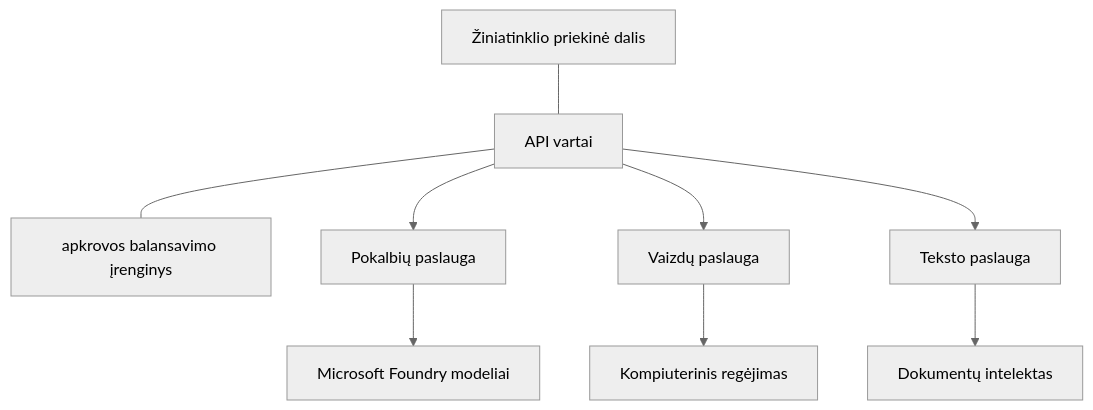
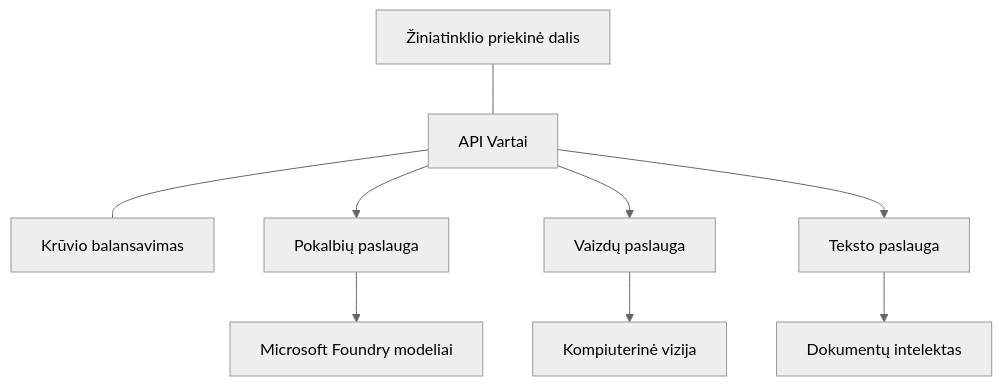
The diagram in translations/lt/docs/chapter-08-production/production-ai-practices.md (microsoft/AZD-for-beginners), drawn with Mermaid (neutral theme) before and after one commit. The commit also changed other lines of this file and 101 other files, not shown here.

````diff
--- a/translations/lt/docs/chapter-08-production/production-ai-practices.md
+++ b/translations/lt/docs/chapter-08-production/production-ai-practices.md
@@ -30,10 +30,10 @@
 ```mermaid
 graph TD
-    Frontend[Žiniatinklio priekinė dalis] --- Gateway[API vartai] --- LB[apkrovos balansavimo įrenginys]
+    Frontend[Žiniatinklio priekinė dalis] --- Gateway[API Vartai] --- LB[Krūvio balansavimas]
     Gateway --> Chat[Pokalbių paslauga]
     Gateway --> Image[Vaizdų paslauga]
     Gateway --> Text[Teksto paslauga]
     Chat --> OpenAI[Microsoft Foundry modeliai]
-    Image --> Vision[Kompiuterinis regėjimas]
+    Image --> Vision[Kompiuterinė vizija]
     Text --> DocIntel[Dokumentų intelektas]
 ```
````
